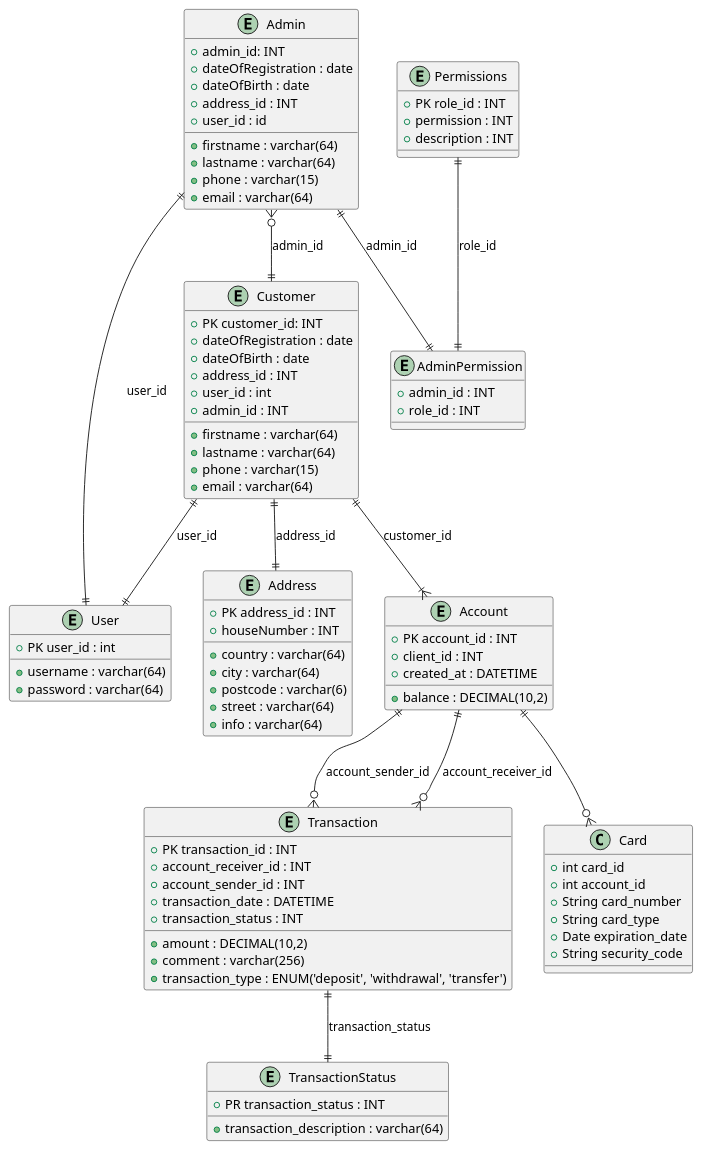
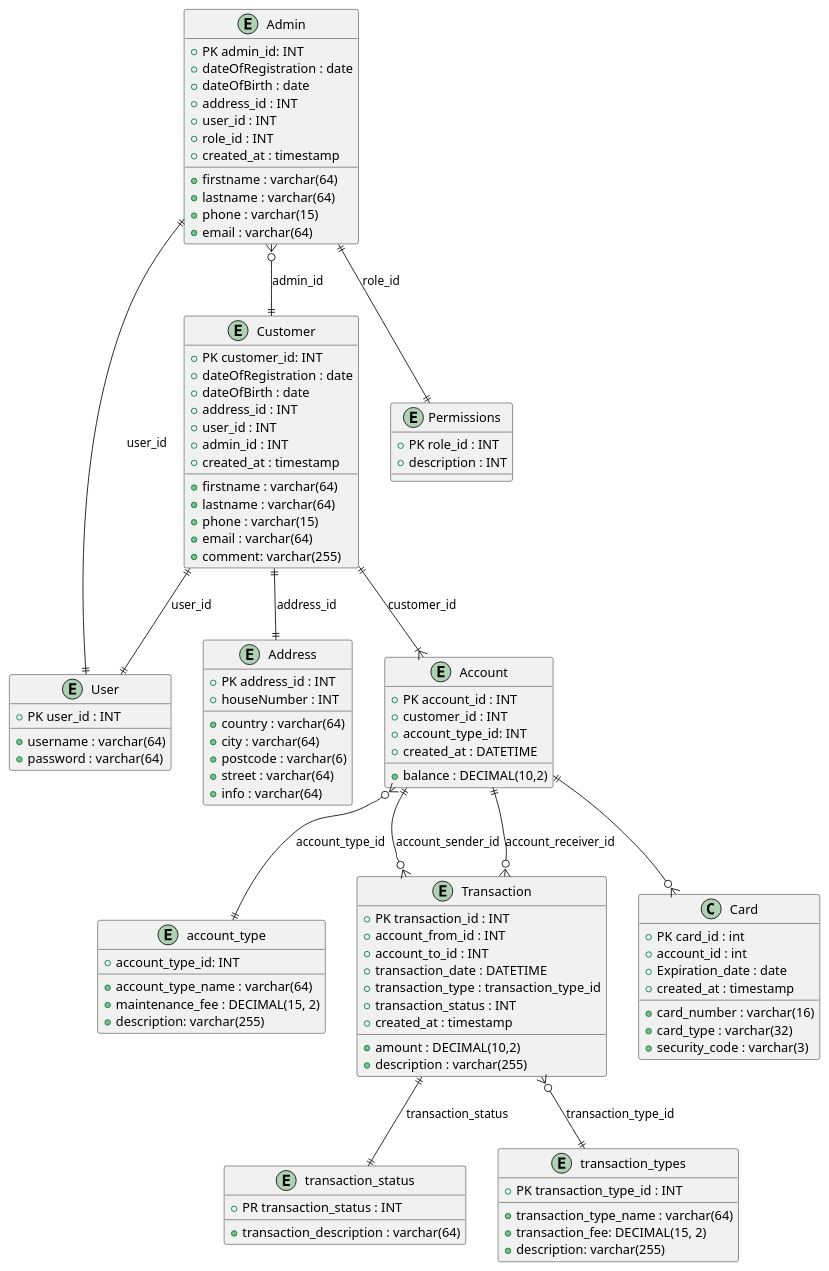
The diagram in src/Diagram.puml (jolivuk/ProjectBankSystem), drawn with PlantUML before and after one commit.

Commit message:
Diagram.puml was changed

```diff
--- a/src/Diagram.puml
+++ b/src/Diagram.puml
@@ -1,101 +1,116 @@
 @startuml
 'https://plantuml.com/sequence-diagram
 
 entity User{
-    + PK user_id : int
+    + PK user_id : INT
     + username : varchar(64)
     + password : varchar(64)
 }
 
 entity Customer{
     + PK customer_id: INT
     + firstname : varchar(64)
     + lastname : varchar(64)
     + dateOfRegistration : date
     + dateOfBirth : date
     + address_id : INT
     + phone : varchar(15)
-    + user_id : int
+    + user_id : INT
     + email : varchar(64)
     + admin_id : INT
+    + comment: varchar(255)
+    + created_at : timestamp
 }
 
 entity Admin{
-    + admin_id: INT
+    + PK admin_id: INT
     + firstname : varchar(64)
     + lastname : varchar(64)
     + dateOfRegistration : date
     + dateOfBirth : date
     + address_id : INT
     + phone : varchar(15)
-    + user_id : id
+    + user_id : INT
+    + role_id : INT
     + email : varchar(64)
+    + created_at : timestamp
 }
 
 entity Address{
     + PK address_id : INT
     + country : varchar(64)
     + city : varchar(64)
     + postcode : varchar(6)
     + street : varchar(64)
     + houseNumber : INT
     + info : varchar(64)
 }
 
-entity AdminPermission{
-    + admin_id : INT
-    + role_id : INT
-}
-
 entity Permissions{
     + PK role_id : INT
-    + permission : INT
     + description : INT
 }
 
 entity Account {
     + PK account_id : INT
-    + client_id : INT
+    + customer_id : INT
+    + account_type_id: INT
     + balance : DECIMAL(10,2)
     + created_at : DATETIME
 }
 
+entity account_type{
+    + account_type_id: INT
+    + account_type_name : varchar(64)
+    + maintenance_fee : DECIMAL(15, 2)
+    + description: varchar(255)
+}
+
 entity Transaction {
     + PK transaction_id : INT
-    + account_receiver_id : INT
-    + account_sender_id : INT
+    + account_from_id : INT
+    + account_to_id : INT
     + amount : DECIMAL(10,2)
-    + comment : varchar(256)
+    + description : varchar(255)
     + transaction_date : DATETIME
-    + transaction_type : ENUM('deposit', 'withdrawal', 'transfer')
+    + transaction_type : transaction_type_id
     + transaction_status : INT
+    + created_at : timestamp
 }
 
-entity TransactionStatus{
+entity transaction_status{
     + PR transaction_status : INT
     + transaction_description : varchar(64)
 }
 
+entity transaction_types{
+    + PK transaction_type_id : INT
+    + transaction_type_name : varchar(64)
+    + transaction_fee: DECIMAL(15, 2)
+    + description: varchar(255)
+}
+
 class Card {
-    +int card_id
-    +int account_id
-    +String card_number
-    +String card_type
-    +Date expiration_date
-    +String security_code
+    + PK card_id : int
+    + account_id : int
+    + card_number : varchar(16)
+    + card_type : varchar(32)
+    + Expiration_date : date
+    + security_code : varchar(3)
+    + created_at : timestamp
 }
 
 
 Customer ||--|| Address : address_id
 Customer ||--|| User : user_id
 Customer ||--|{ Account : customer_id
 Admin ||--|| User : user_id
-Admin ||--|| AdminPermission : admin_id
-Permissions ||--|| AdminPermission : role_id
+Admin ||--|| Permissions : role_id
 Account ||--o{ Transaction : account_sender_id
 Account ||--o{ Transaction : account_receiver_id
 Admin }o--|| Customer : admin_id
-Transaction ||--|| TransactionStatus : transaction_status
+Transaction ||--|| transaction_status : transaction_status
 Account ||--o{ Card
-
+Transaction }o--|| transaction_types : transaction_type_id
+Account }o--|| account_type : account_type_id
 @enduml
```
